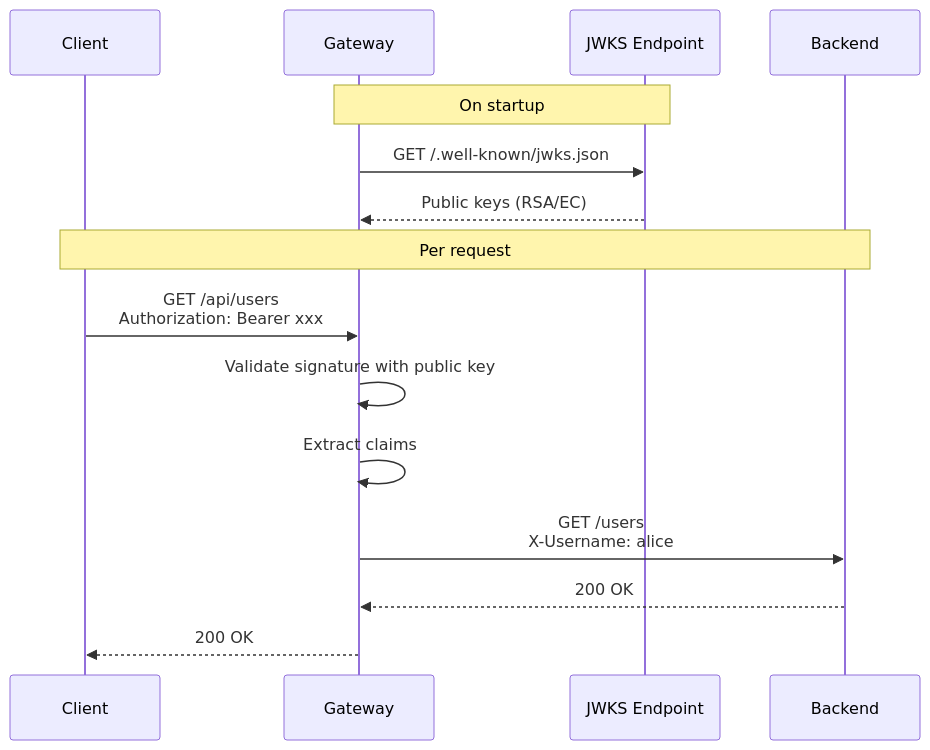
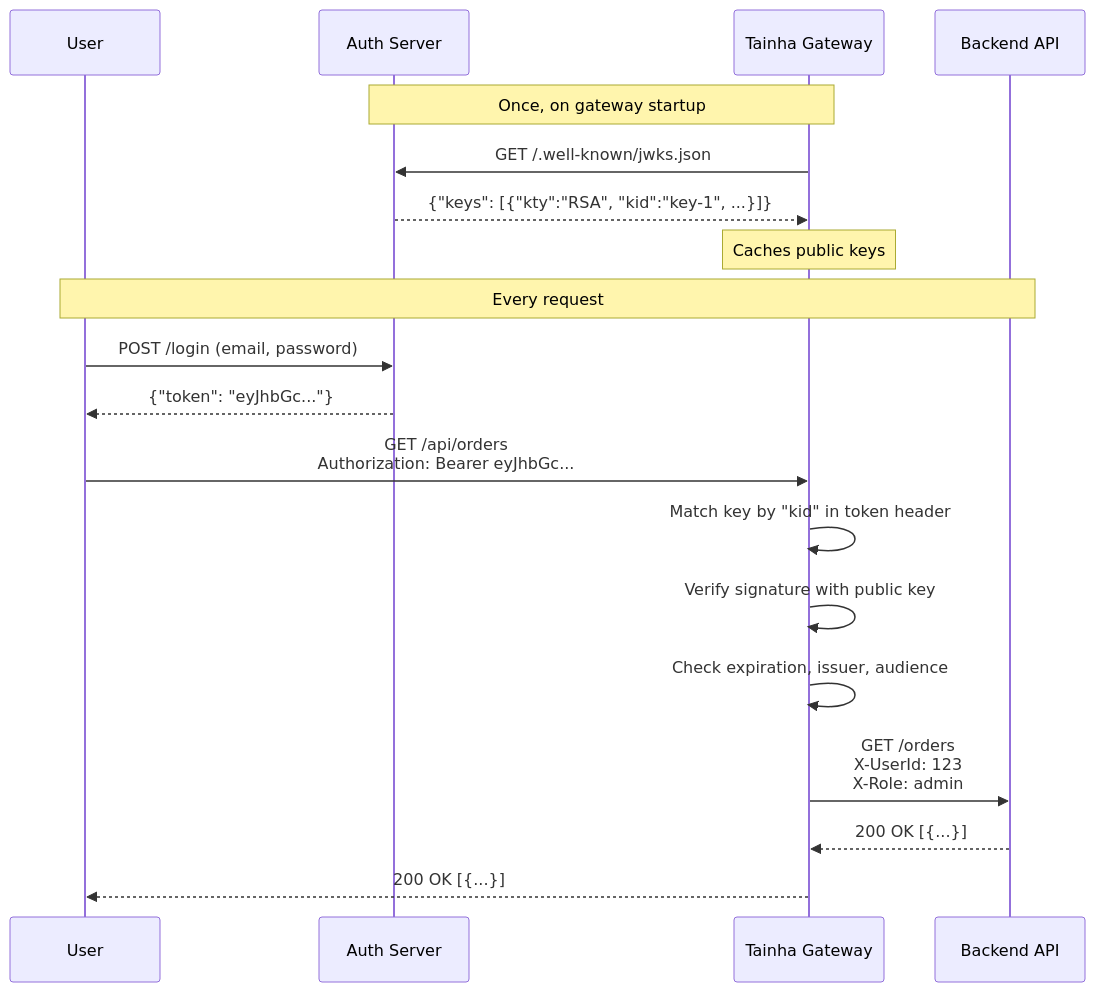
One commit to lusqua/tainha-gateway changed the third of 3 diagrams in website/docs/authentication/jwks.md. Above: the diagram before and after it, drawn with Mermaid. The commit also changed other lines of this file, not shown here.

First line of the commit message:
docs(jwks): rewrite JWKS page as conceptual explainer

````diff
--- a/website/docs/authentication/jwks.md
+++ b/website/docs/authentication/jwks.md
@@ -23,19 +69,23 @@
 ```mermaid
 sequenceDiagram
-    participant C as Client
-    participant G as Gateway
-    participant J as JWKS Endpoint
-    participant B as Backend
+    participant U as User
+    participant A as Auth Server
+    participant G as Tainha Gateway
+    participant B as Backend API
 
-    Note over G,J: On startup
-    G->>J: GET /.well-known/jwks.json
-    J-->>G: Public keys (RSA/EC)
+    Note over G,A: Once, on gateway startup
+    G->>A: GET /.well-known/jwks.json
+    A-->>G: {"keys": [{"kty":"RSA", "kid":"key-1", ...}]}
+    Note over G: Caches public keys
 
-    Note over C,B: Per request
-    C->>G: GET /api/users<br/>Authorization: Bearer xxx
-    G->>G: Validate signature with public key
-    G->>G: Extract claims
-    G->>B: GET /users<br/>X-Username: alice
-    B-->>G: 200 OK
-    G-->>C: 200 OK
+    Note over U,B: Every request
+    U->>A: POST /login (email, password)
+    A-->>U: {"token": "eyJhbGc..."}
+    U->>G: GET /api/orders<br/>Authorization: Bearer eyJhbGc...
+    G->>G: Match key by "kid" in token header
+    G->>G: Verify signature with public key
+    G->>G: Check expiration, issuer, audience
+    G->>B: GET /orders<br/>X-UserId: 123<br/>X-Role: admin
+    B-->>G: 200 OK [{...}]
+    G-->>U: 200 OK [{...}]
 ```
````
